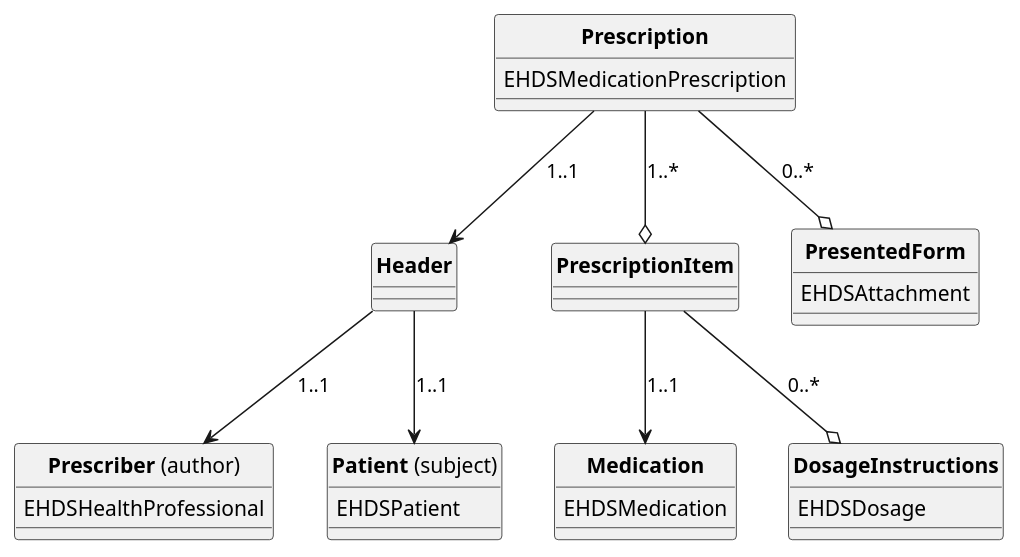
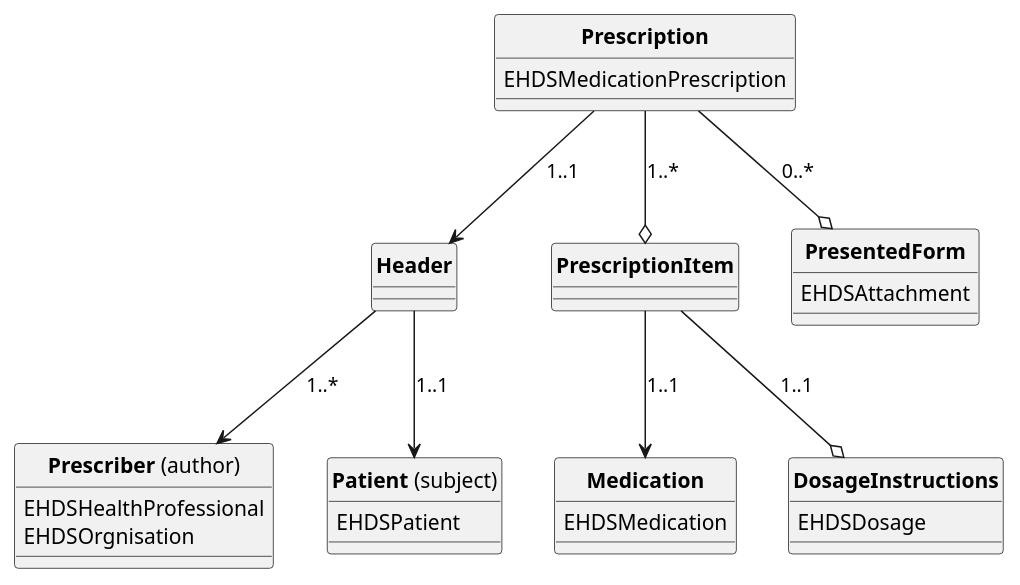
Before and after one commit to Xt-EHR/xt-ehr-common: the diagram in input/images-source/prescription.plantuml, drawn with PlantUML. The commit also changed 2 other files, not shown here.

```diff
--- a/input/images-source/prescription.plantuml
+++ b/input/images-source/prescription.plantuml
@@ -1,55 +1,55 @@
 @startuml
 skinparam linetype polyline
 hide circle
 hide stereotype
 
 
 class "**Prescription**" as eP{
   EHDSMedicationPrescription 
 }
 
 eP --> Header: "1..1"
 eP --o Item: "1..*"
 eP --o PresentedForm: "0..*"
 
 class "**Prescriber** (author)" as Prescriber{
   EHDSHealthProfessional   
-  
+  EHDSOrgnisation
 }
 
 class "**Patient** (subject)" as Patient{
   EHDSPatient   
 
 }
 
 class "**Header**" as Header{
      
 
 }
 
-Header --> Prescriber: "1..1"
+Header --> Prescriber: "1..*"
 Header --> Patient: "1..1"
 
 
 class "**PrescriptionItem**" as Item{ 
 }
 
 Item --> Medication: "1..1"
-Item --o Dosage: "0..*"
+Item --o Dosage: "1..1"
 
 
 class "**DosageInstructions**" as Dosage{
   EHDSDosage   
  
 }
 
 class "**Medication**" as Medication{
   EHDSMedication
  
 }
 
 class "**PresentedForm**" as PresentedForm{
   EHDSAttachment   
  
 }
 @enduml
```
